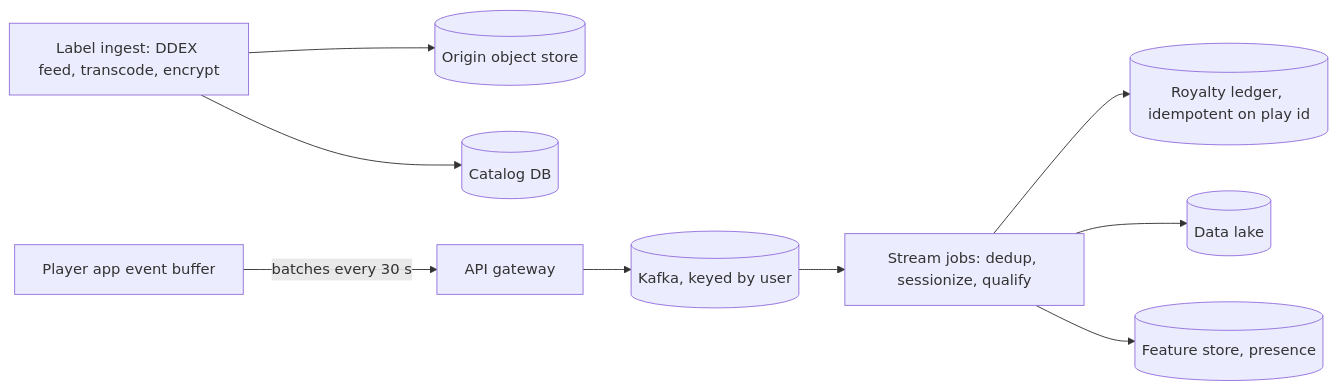
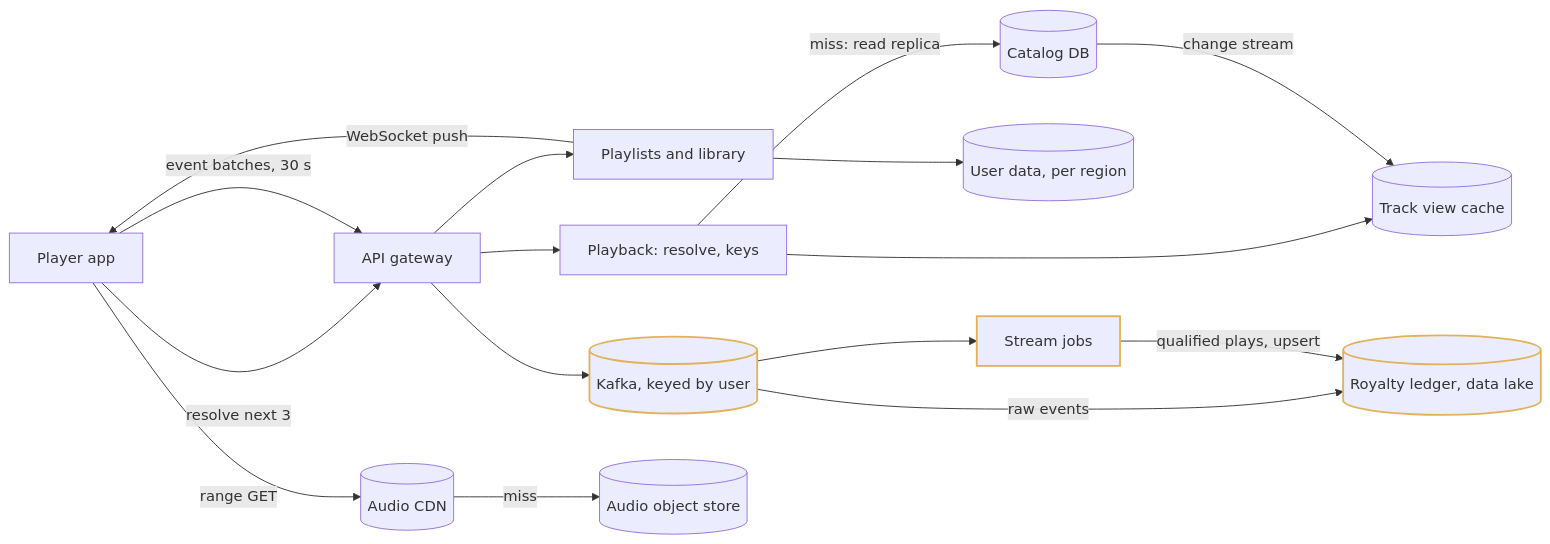
Before and after one commit to SandyCodeSenpai/system-design: the fifth of 14 diagrams in content/designs/spotify.md, drawn with Mermaid. The commit also changed other lines of this file and 4 other files, not shown here.

````diff
--- a/content/designs/spotify.md
+++ b/content/designs/spotify.md
@@ -95,21 +147,18 @@
 ```mermaid
 flowchart LR
-  ING["Label ingest: DDEX feed, transcode, encrypt"]
-  OBJ[("Origin object store")]
-  META[("Catalog DB")]
-  APP["Player app event buffer"]
-  GW["API gateway"]
-  K[("Kafka, keyed by user")]
-  FLINK["Stream jobs: dedup, sessionize, qualify"]
-  LEDGER[("Royalty ledger, idempotent on play id")]
-  LAKE[("Data lake")]
-  FEAT[("Feature store, presence")]
-  ING --> OBJ
-  ING --> META
-  APP -->|"batches every 30 s"| GW
-  GW --> K
-  K --> FLINK
-  FLINK --> LEDGER
-  FLINK --> LAKE
-  FLINK --> FEAT
+  APP["Player app"] -->|"resolve next 3"| GW["API gateway"]
+  APP -->|"event batches, 30 s"| GW
+  GW --> PB["Playback: resolve, keys"] & PL["Playlists and library"]
+  GW --> K[("Kafka, keyed by user")]:::new
+  PB --> TV[("Track view cache")]
+  PB -->|"miss: read replica"| CAT[("Catalog DB")]
+  CAT -->|"change stream"| TV
+  PL --> UDB[("User data, per region")]
+  PL -->|"WebSocket push"| APP
+  APP -->|"range GET"| CDN[("Audio CDN")]
+  CDN -->|"miss"| OBJ[("Audio object store")]
+  K --> FLINK["Stream jobs"]:::new
+  K -->|"raw events"| LEDGER[("Royalty ledger, data lake")]:::new
+  FLINK -->|"qualified plays, upsert"| LEDGER
+  classDef new stroke:#e2b25a,stroke-width:2px
 ```
````
